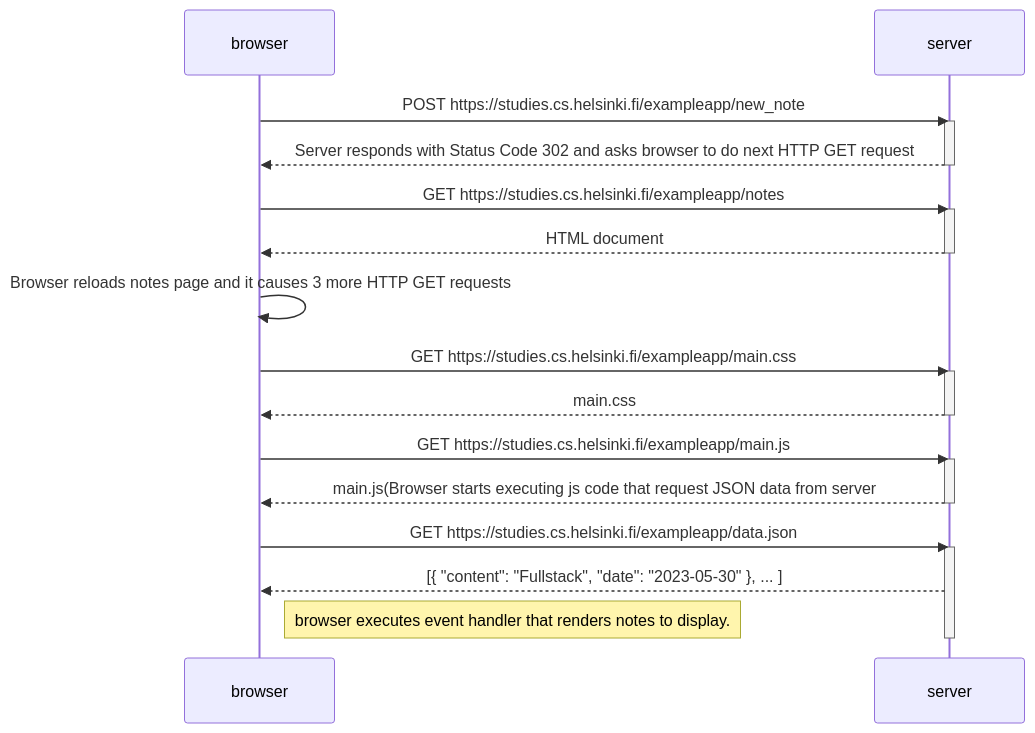
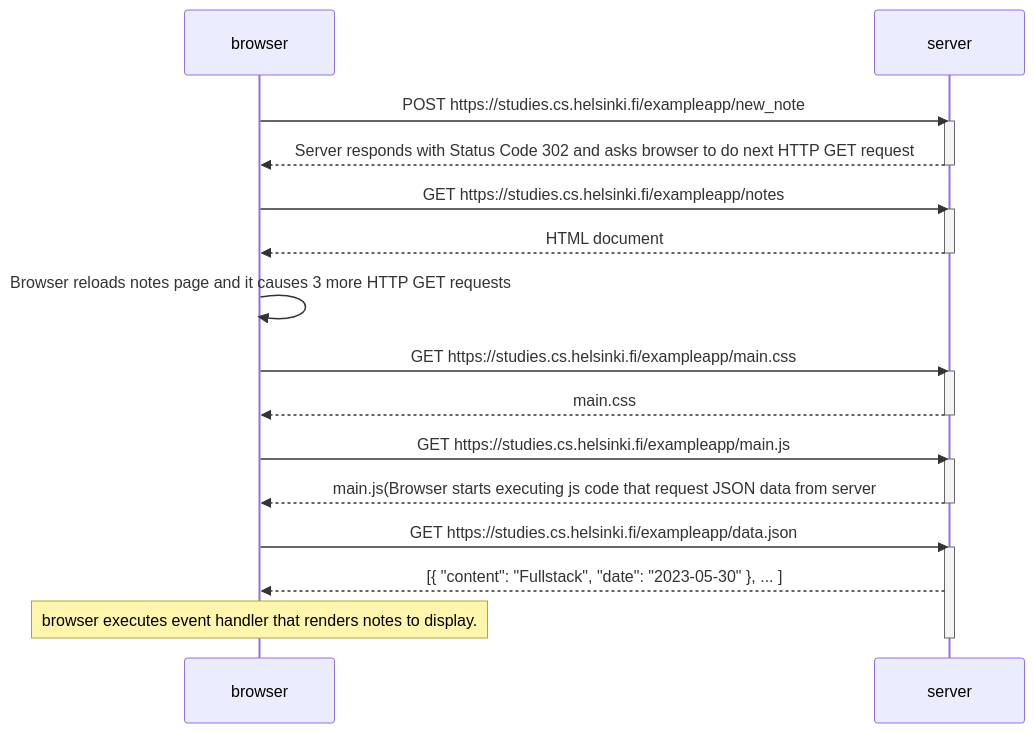
The diagram in part 0/0.4 New note.md (chandani7021/FullStack), drawn with Mermaid before and after one commit.

Commit message:
Update 0.4 New note.md

````diff
--- a/part 0/0.4 New note.md
+++ b/part 0/0.4 New note.md
@@ -1,33 +1,33 @@
 ```mermaid
 sequenceDiagram
     participant browser
     participant server
 
     browser->>server: POST https://studies.cs.helsinki.fi/exampleapp/new_note
     activate server
     server-->>browser: Server responds with Status Code 302 and asks browser to do next HTTP GET request
     deactivate server
 
     browser->>server: GET https://studies.cs.helsinki.fi/exampleapp/notes
     activate server
     server-->>browser: HTML document
     deactivate server
     
     browser ->> browser: Browser reloads notes page and it causes 3 more HTTP GET requests
 
     browser->>server: GET https://studies.cs.helsinki.fi/exampleapp/main.css
     activate server
     server-->>browser: main.css
     deactivate server
     
     browser->>server: GET https://studies.cs.helsinki.fi/exampleapp/main.js
     activate server
     server-->>browser: main.js(Browser starts executing js code that request JSON data from server
     deactivate server
    
     browser->>server: GET https://studies.cs.helsinki.fi/exampleapp/data.json
     activate server
     server-->>browser: [{ "content": "Fullstack", "date": "2023-05-30" }, ... ]
-    Note right of browser : browser executes event handler that renders notes to display.
+    Note over browser : browser executes event handler that renders notes to display.
     deactivate server
    ```
````
